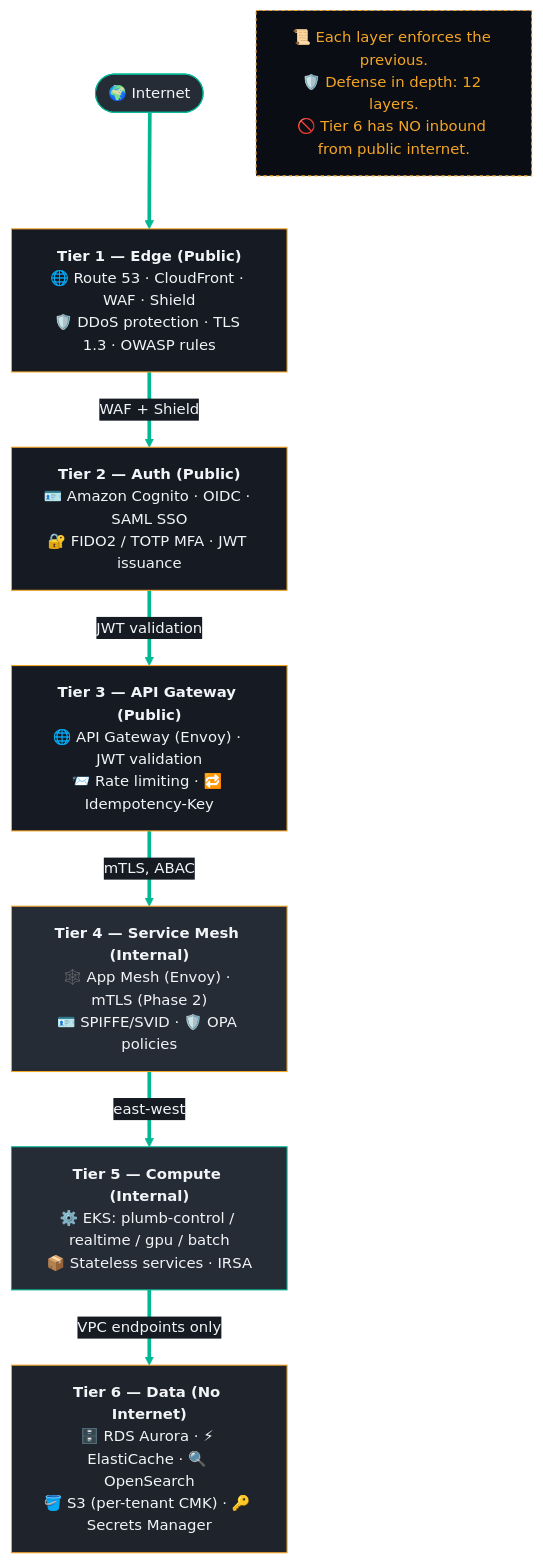
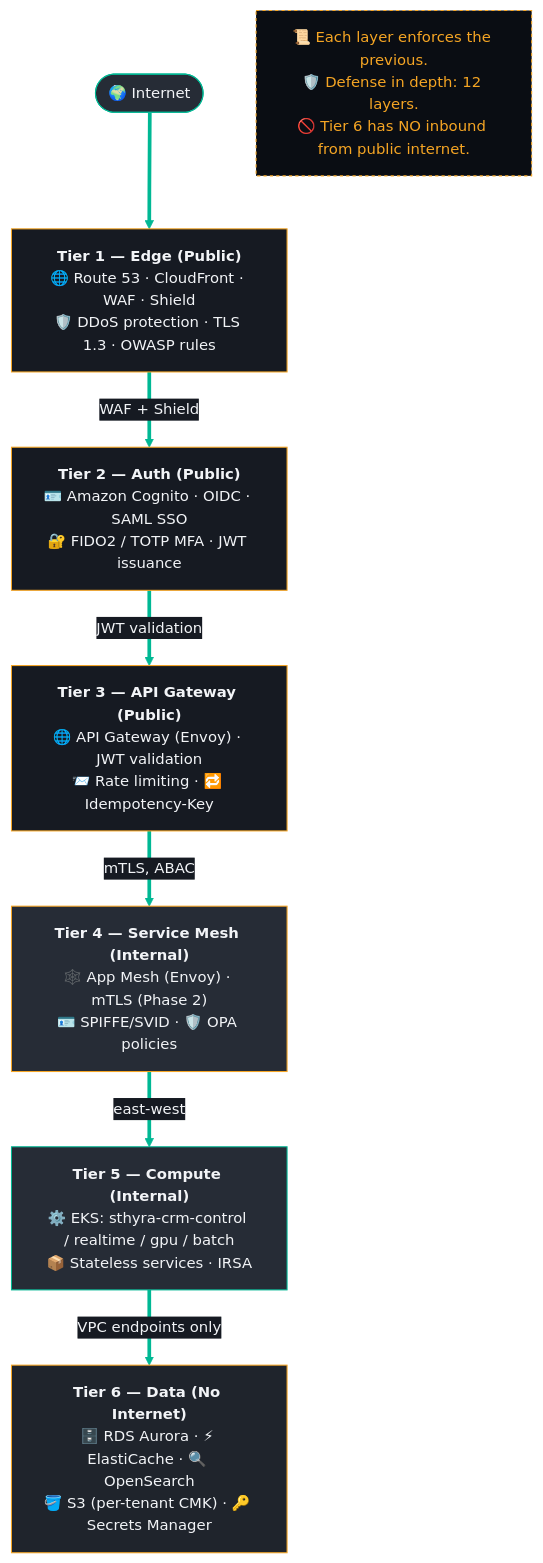
The diagram in docs/flowcharts/09-defense-in-depth.mmd (mkrmuralireddy98-dev/sthyra-crm), drawn with Mermaid before and after one commit. The commit also changed 73 other files, not shown here.

First line of the commit message:
rename: Plumb → Sthyra CRM across all source, config, docs, and git

```diff
--- a/docs/flowcharts/09-defense-in-depth.mmd
+++ b/docs/flowcharts/09-defense-in-depth.mmd
@@ -1,42 +1,42 @@
 %%{init: {
   "theme": "base",
   "themeVariables": {
     "primaryColor": "#0A0D13",
     "primaryTextColor": "#F2F4F7",
     "primaryBorderColor": "#00B894",
     "lineColor": "#00B894",
     "secondaryColor": "#161A22",
     "tertiaryColor": "#262C36",
     "fontFamily": "Helvetica, Arial, sans-serif",
     "fontSize": "14px"
   }
 }}%%
 flowchart TB
     classDef tier fill:#262C36,stroke:#00B894,color:#F2F4F7
     classDef detail fill:#161A22,stroke:#00B894,color:#F2F4F7
 
     Internet([🌍 Internet]):::tier
     T1["<b>Tier 1 — Edge (Public)</b><br/>🌐 Route 53 · CloudFront · WAF · Shield<br/>🛡️ DDoS protection · TLS 1.3 · OWASP rules"]:::detail
     T2["<b>Tier 2 — Auth (Public)</b><br/>🪪 Amazon Cognito · OIDC · SAML SSO<br/>🔐 FIDO2 / TOTP MFA · JWT issuance"]:::detail
     T3["<b>Tier 3 — API Gateway (Public)</b><br/>🌐 API Gateway (Envoy) · JWT validation<br/>📨 Rate limiting · 🔁 Idempotency-Key"]:::detail
     T4["<b>Tier 4 — Service Mesh (Internal)</b><br/>🕸️ App Mesh (Envoy) · mTLS (Phase 2)<br/>🪪 SPIFFE/SVID · 🛡️ OPA policies"]:::detail
-    T5["<b>Tier 5 — Compute (Internal)</b><br/>⚙️ EKS: plumb-control / realtime / gpu / batch<br/>📦 Stateless services · IRSA"]:::detail
+    T5["<b>Tier 5 — Compute (Internal)</b><br/>⚙️ EKS: sthyra-crm-control / realtime / gpu / batch<br/>📦 Stateless services · IRSA"]:::detail
     T6["<b>Tier 6 — Data (No Internet)</b><br/>🗄️ RDS Aurora · ⚡ ElastiCache · 🔍 OpenSearch<br/>🪣 S3 (per-tenant CMK) · 🔑 Secrets Manager"]:::detail
 
     Internet ==> T1
     T1 ==>|"WAF + Shield"| T2
     T2 ==>|"JWT validation"| T3
     T3 ==>|"mTLS, ABAC"| T4
     T4 ==>|"east-west"| T5
     T5 ==>|"VPC endpoints only"| T6
 
     Note["📜 Each layer enforces the previous.<br/>🛡️ Defense in depth: 12 layers.<br/>🚫 Tier 6 has NO inbound from public internet."]
 
     style Internet fill:#262C36,stroke:#00B894,color:#F2F4F7
     style Note fill:#0A0D13,stroke:#F5A524,color:#F5A524,stroke-width:1px,stroke-dasharray:3 3
     style T1 fill:#161A22,stroke:#F5A524,color:#F2F4F7
     style T2 fill:#161A22,stroke:#F5A524,color:#F2F4F7
     style T3 fill:#161A22,stroke:#F5A524,color:#F2F4F7
     style T4 fill:#262C36,stroke:#F5A524,color:#F2F4F7
     style T5 fill:#262C36,stroke:#00B894,color:#F2F4F7
     style T6 fill:#1F242C,stroke:#F5A524,color:#F2F4F7
```
